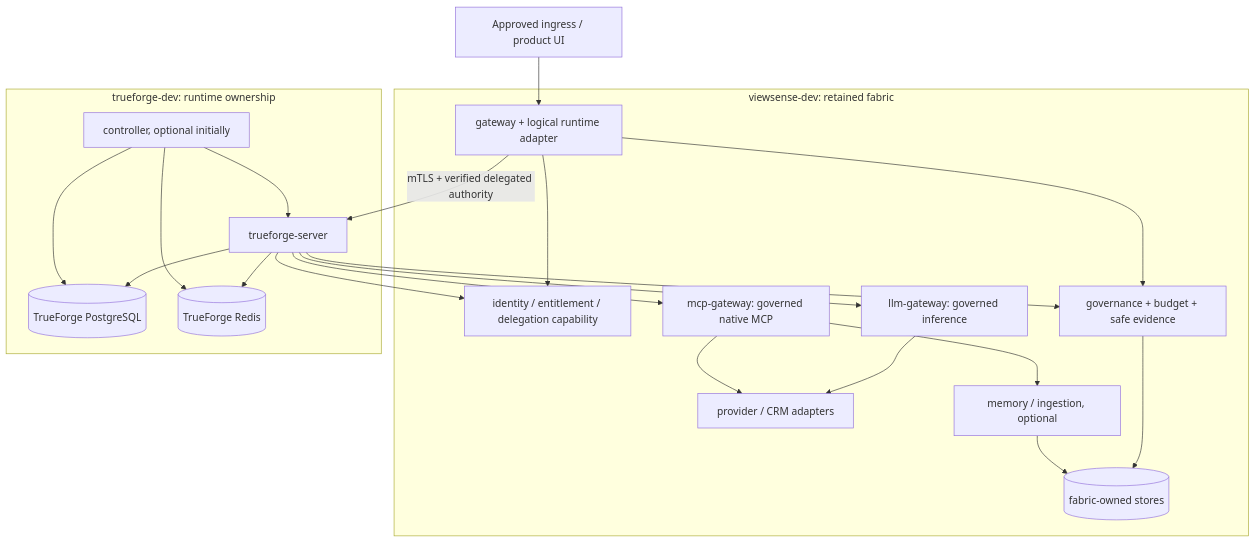
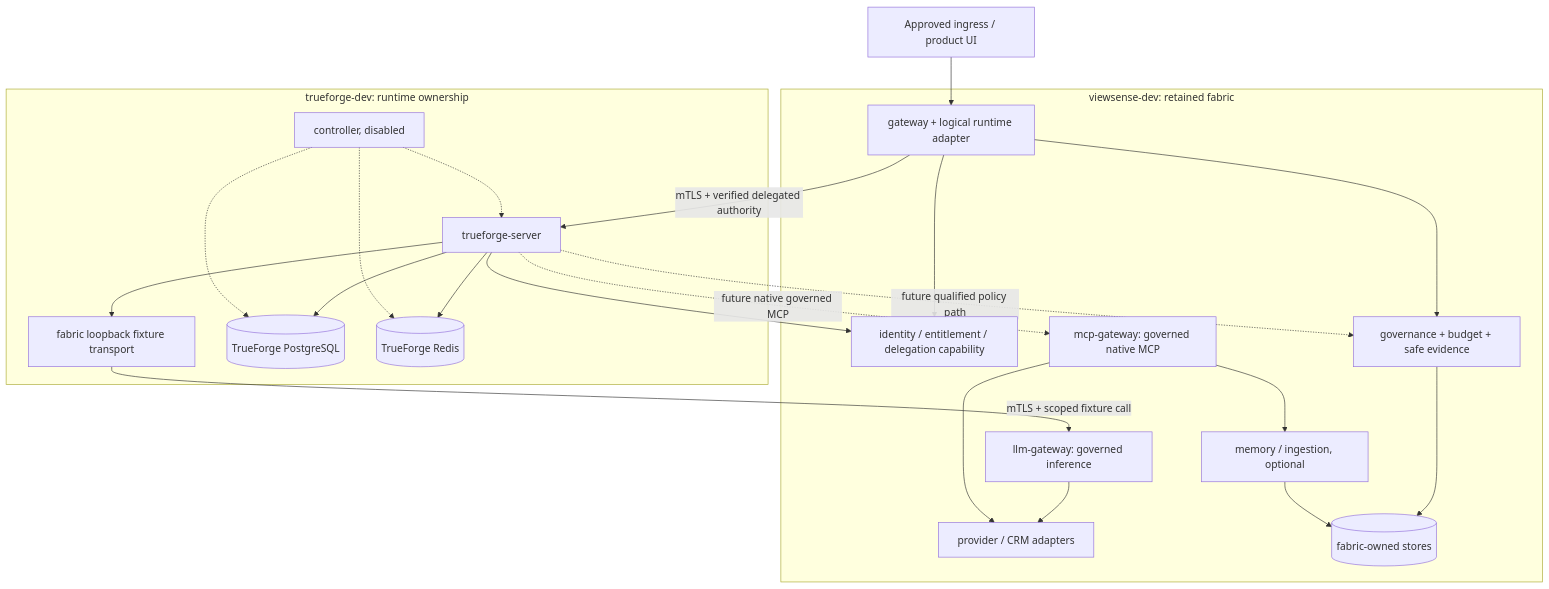
The diagram in docs/design/high-level/20-deployment/03-trueforge-namespace-integration.md (diaryfolio/aiops-fabric-docs), drawn with Mermaid before and after one commit. The commit also changed other lines of this file and 41 other files, not shown here.

````diff
--- a/docs/design/high-level/20-deployment/03-trueforge-namespace-integration.md
+++ b/docs/design/high-level/20-deployment/03-trueforge-namespace-integration.md
@@ -25,37 +27,39 @@
 ```mermaid
 flowchart TB
     Entry["Approved ingress / product UI"] --> Gateway
     subgraph Fabric["viewsense-dev: retained fabric"]
         Gateway["gateway + logical runtime adapter"]
         Identity["identity / entitlement / delegation capability"]
         Governance["governance + budget + safe evidence"]
         LLM["llm-gateway: governed inference"]
         MCP["mcp-gateway: governed native MCP"]
         Adapters["provider / CRM adapters"]
         Memory["memory / ingestion, optional"]
         Stores[("fabric-owned stores")]
         Governance --> Stores
         Memory --> Stores
         Gateway --> Governance
         Gateway --> Identity
         LLM --> Adapters
         MCP --> Adapters
         MCP --> Memory
     end
     subgraph Runtime["trueforge-dev: runtime ownership"]
         Server["trueforge-server"]
-        Controller["controller, optional initially"]
+        Controller["controller, disabled"]
+        Bridge["fabric loopback fixture transport"]
         Pg[("TrueForge PostgreSQL")]
         Redis[("TrueForge Redis")]
         Server --> Pg
         Server --> Redis
-        Controller --> Pg
-        Controller --> Redis
-        Controller --> Server
+        Controller -.-> Pg
+        Controller -.-> Redis
+        Controller -.-> Server
     end
     Gateway -->|"mTLS + verified delegated authority"| Server
-    Server --> Governance
+    Server -. "future qualified policy path" .-> Governance
     Server --> Identity
-    Server --> LLM
-    Server --> MCP
+    Server --> Bridge
+    Bridge -->|"mTLS + scoped fixture call"| LLM
+    Server -. "future native governed MCP" .-> MCP
 ```
````
